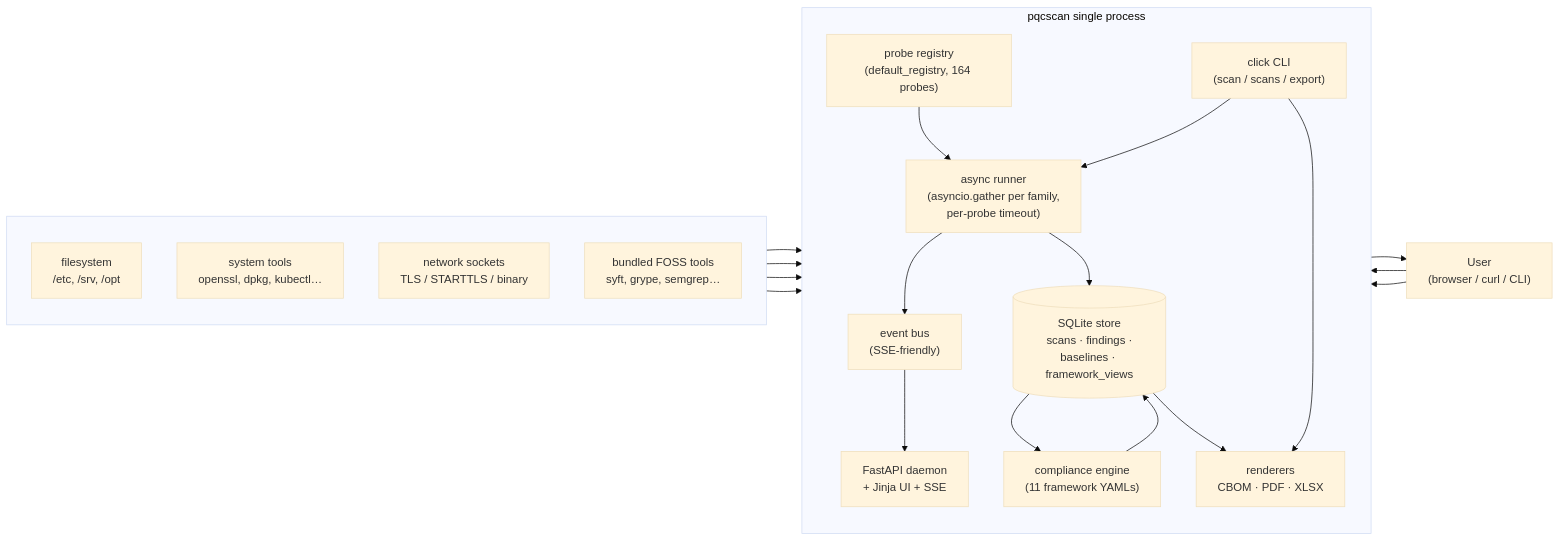
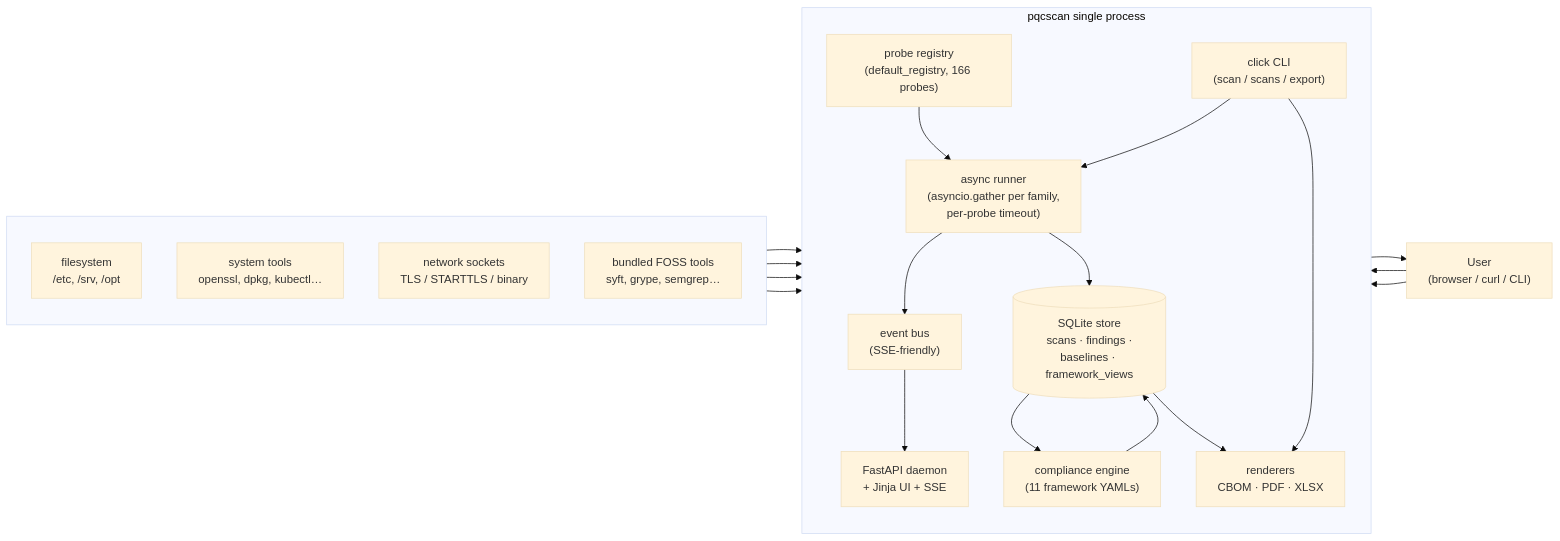
One commit to orengacademy/pqc-scanner2 changed the first of 8 diagrams in README.md. Above: the diagram before and after it, drawn with Mermaid (base theme). The commit also changed other lines of this file and 8 other files, not shown here.

````diff
--- a/README.md
+++ b/README.md
@@ -34,39 +34,39 @@
 ```mermaid
 flowchart LR
     subgraph host[" "]
         direction TB
         FS["filesystem<br/>/etc, /srv, /opt"]
         SYS["system tools<br/>openssl, dpkg, kubectl…"]
         NET["network sockets<br/>TLS / STARTTLS / binary"]
         FOSS["bundled FOSS tools<br/>syft, grype, semgrep…"]
     end
 
     subgraph proc["pqcscan single process"]
         direction TB
-        REG["probe registry<br/>(default_registry, 164 probes)"]
+        REG["probe registry<br/>(default_registry, 166 probes)"]
         RUN["async runner<br/>(asyncio.gather per family,<br/>per-probe timeout)"]
         BUS["event bus<br/>(SSE-friendly)"]
         REPO[("SQLite store<br/>scans · findings ·<br/>baselines · framework_views")]
         COMP["compliance engine<br/>(11 framework YAMLs)"]
         DAEMON["FastAPI daemon<br/>+ Jinja UI + SSE"]
         CLI["click CLI<br/>(scan / scans / export)"]
         REND["renderers<br/>CBOM · PDF · XLSX"]
     end
 
     USER["User<br/>(browser / curl / CLI)"]
 
     FS  --> RUN
     SYS --> RUN
     NET --> RUN
     FOSS --> RUN
     REG --> RUN
     RUN --> BUS --> DAEMON
     RUN --> REPO
     REPO --> COMP --> REPO
     REPO --> REND
     DAEMON --> USER
     CLI   --> RUN
     CLI   --> REND
     USER  --> DAEMON
     USER  --> CLI
 ```
````
